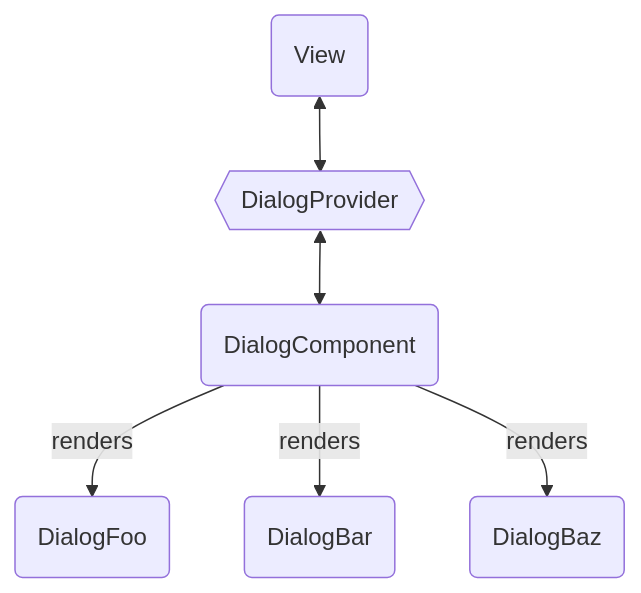
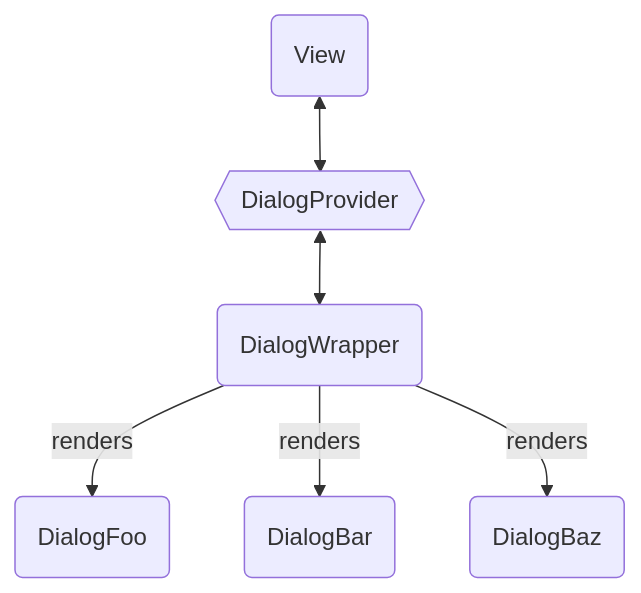
Before and after one commit to visualjerk/visualjerk-blog: the first of 2 diagrams in articles/vue-app-wide-modal-dialogs.md, drawn with Mermaid. The commit also changed other lines of this file and 6 other files, not shown here.

````diff
--- a/articles/vue-app-wide-modal-dialogs.md
+++ b/articles/vue-app-wide-modal-dialogs.md
@@ -93,7 +93,7 @@
 ```mermaid
 flowchart TB
-  V(View) <--> P{{DialogProvider}} <--> C(DialogComponent)
+  V(View) <--> P{{DialogProvider}} <--> C(DialogWrapper)
   C -- renders --> D1(DialogFoo)
   C -- renders --> D2(DialogBar)
   C -- renders --> D3(DialogBaz)
 ```
````
